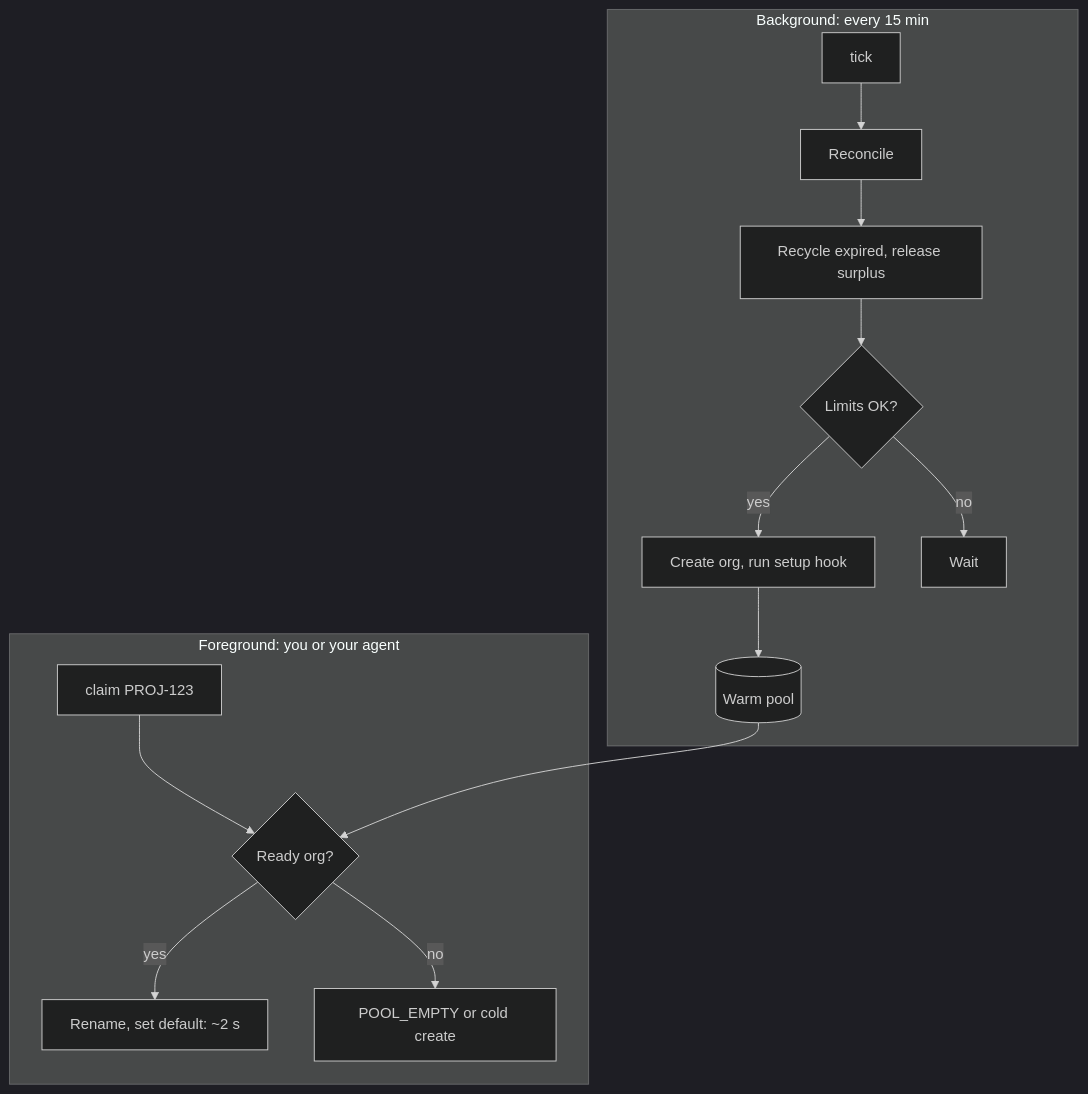
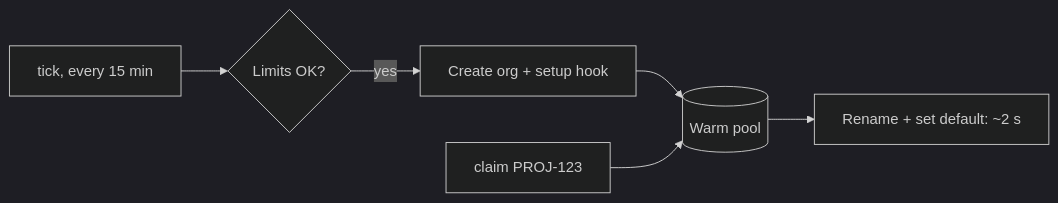
Before and after one commit to Tbristo01/scratchpool: the diagram in README.md, drawn with Mermaid (dark theme). The commit also changed other lines of this file and 3 other files, not shown here.

````diff
--- a/README.md
+++ b/README.md
@@ -136,17 +68,7 @@
 ```mermaid
-flowchart TB
-    subgraph bg["Background: every 15 min"]
-        T[tick] --> R[Reconcile]
-        R --> X[Recycle expired, release surplus]
-        X --> L{Limits OK?}
-        L -- yes --> C[Create org, run setup hook]
-        L -- no --> W[Wait]
-        C --> P[(Warm pool)]
-    end
-    subgraph fg["Foreground: you or your agent"]
-        U[claim PROJ-123] --> Q{Ready org?}
-        Q -- yes --> A[Rename, set default: ~2 s]
-        Q -- no --> E[POOL_EMPTY or cold create]
-    end
-    P --> Q
+flowchart LR
+    T[tick, every 15 min] --> L{Limits OK?}
+    L -- yes --> C[Create org + setup hook] --> P[(Warm pool)]
+    U[claim PROJ-123] --> P
+    P --> A[Rename + set default: ~2 s]
 ```
````
